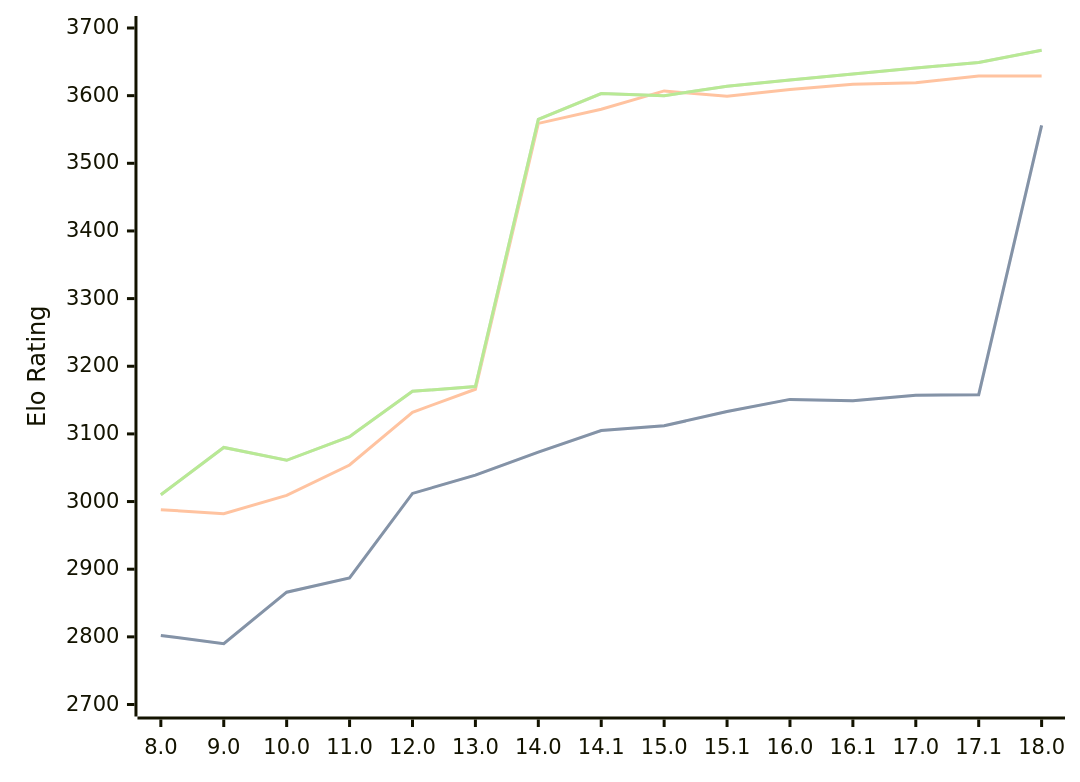
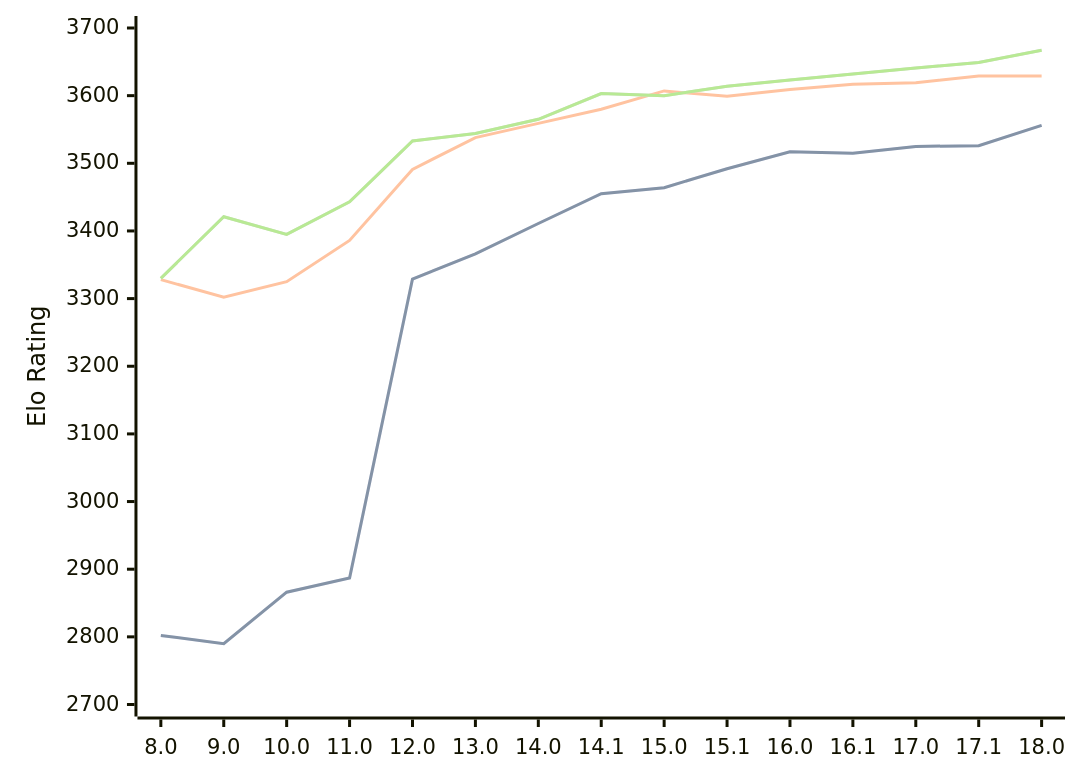
One commit to computer-chess-index/cci changed the diagram in engines/Stockfish.md. Above: the diagram before and after it, drawn with Mermaid. The commit also changed other lines of this file, not shown here.

Commit message:
Update CCI Ratings (ELO VLTC) - 2026-02-24

````diff
--- a/engines/Stockfish.md
+++ b/engines/Stockfish.md
@@ -44,11 +44,11 @@
 ```mermaid
 %%{init: {"theme":"base","themeVariables":{"seriesColors:['#a3a3a3','#222221','#faa371']}}}%%
 xychart-beta
   x-axis ["8.0", "9.0", "10.0", "11.0", "12.0", "13.0", "14.0", "14.1", "15.0", "15.1", "16.0", "16.1", "17.0", "17.1", "18.0"]
   y-axis "Elo Rating" 2700 --> 3700
-  line "STC (8.0+0.08s)" [2802, 2790, 2866, 2887, 3012, 3039, 3073, 3105, 3112, 3133, 3151, 3149, 3157, 3158, 3556]
-  line "STC (8.0+0.08s)" [2802, 2790, 2866, 2887, 3012, 3039, 3073, 3105, 3112, 3133, 3151, 3149, 3157, 3158, 3556]
-  line "LTC (60.0+0.60s)" [2988, 2982, 3009, 3054, 3132, 3166, 3559, 3580, 3607, 3599, 3609, 3617, 3619, 3629, 3629]
-  line "VLTC (2m24s+1.12s)" [3010, 3080, 3061, 3096, 3163, 3170, 3565, 3603, 3600, 3614, 3623, 3632, 3641, 3649, 3667]
-  line "VLTC (2m24s+1.12s)" [3010, 3080, 3061, 3096, 3163, 3170, 3565, 3603, 3600, 3614, 3623, 3632, 3641, 3649, 3667]
+  line "STC (8.0+0.08s)" [2802, 2790, 2866, 2887, 3329, 3366, 3411, 3455, 3464, 3492, 3517, 3515, 3525, 3526, 3556]
+  line "STC (8.0+0.08s)" [2802, 2790, 2866, 2887, 3329, 3366, 3411, 3455, 3464, 3492, 3517, 3515, 3525, 3526, 3556]
+  line "LTC (60.0+0.60s)" [3328, 3302, 3325, 3386, 3491, 3538, 3559, 3580, 3607, 3599, 3609, 3617, 3619, 3629, 3629]
+  line "VLTC (2m24s+1.12s)" [3330, 3421, 3395, 3443, 3533, 3544, 3565, 3603, 3600, 3614, 3623, 3632, 3641, 3649, 3667]
+  line "VLTC (2m24s+1.12s)" [3330, 3421, 3395, 3443, 3533, 3544, 3565, 3603, 3600, 3614, 3623, 3632, 3641, 3649, 3667]
 ```
````
